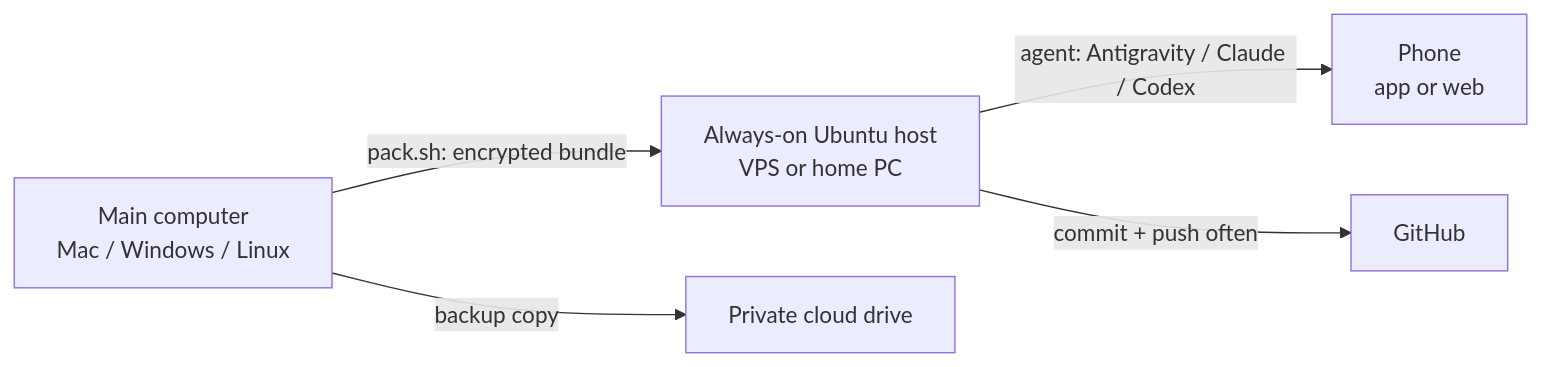
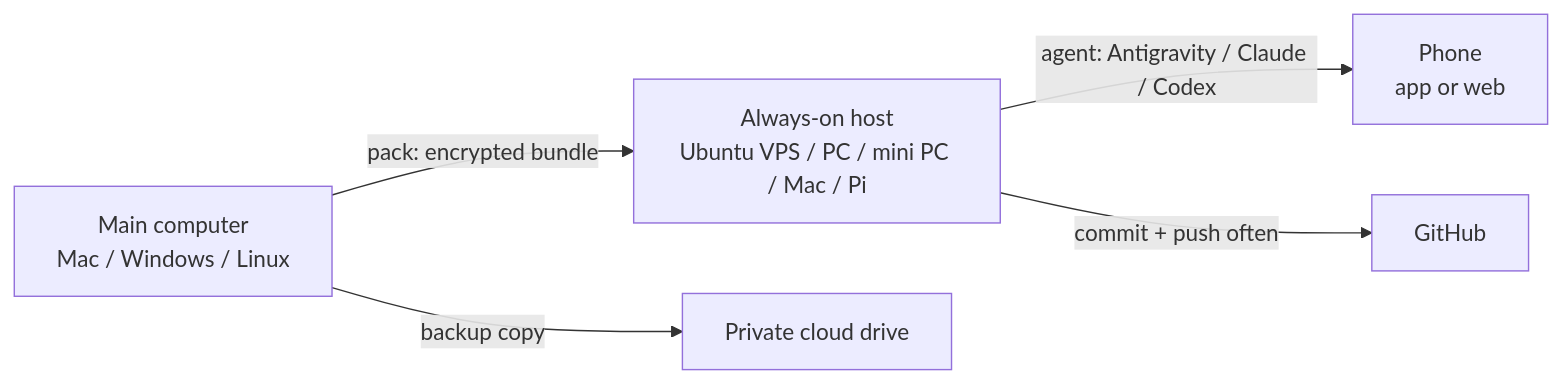
The diagram in README.en.md (tsennguyen/vibecode-anywhere), drawn with Mermaid before and after one commit. The commit also changed other lines of this file and 24 other files, not shown here.

Commit message:
feat: v2.0.0 — hosts on Linux, macOS and Windows (workstation, mini PC, laptop, Mac mini, Pi); VPS stays Ubuntu

````diff
--- a/README.en.md
+++ b/README.en.md
@@ -9,7 +9,7 @@
 ```mermaid
 flowchart LR
-  A["Main computer<br/>Mac / Windows / Linux"] -- "pack.sh: encrypted bundle" --> B["Always-on Ubuntu host<br/>VPS or home PC"]
+  A["Main computer<br/>Mac / Windows / Linux"] -- "pack: encrypted bundle" --> B["Always-on host<br/>Ubuntu VPS / PC / mini PC / Mac / Pi"]
   A -- "backup copy" --> D["Private cloud drive"]
   B -- "agent: Antigravity / Claude / Codex" --> C["Phone<br/>app or web"]
   B -- "commit + push often" --> G["GitHub"]
 ```
````
